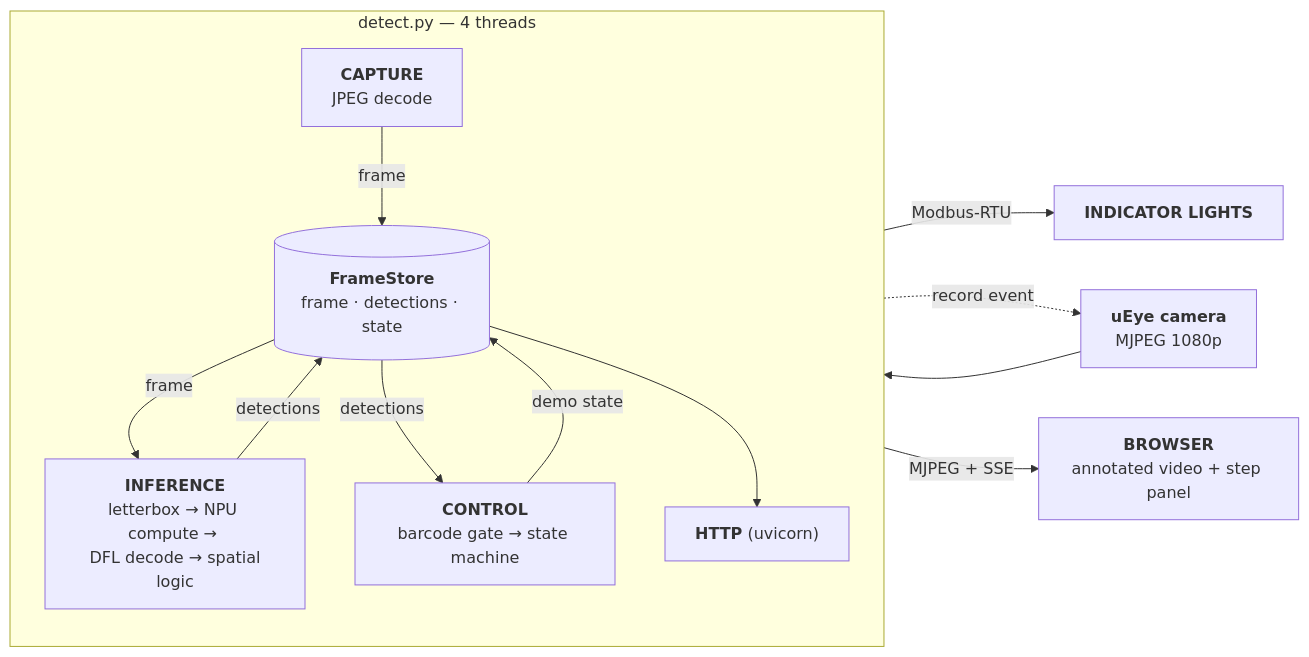
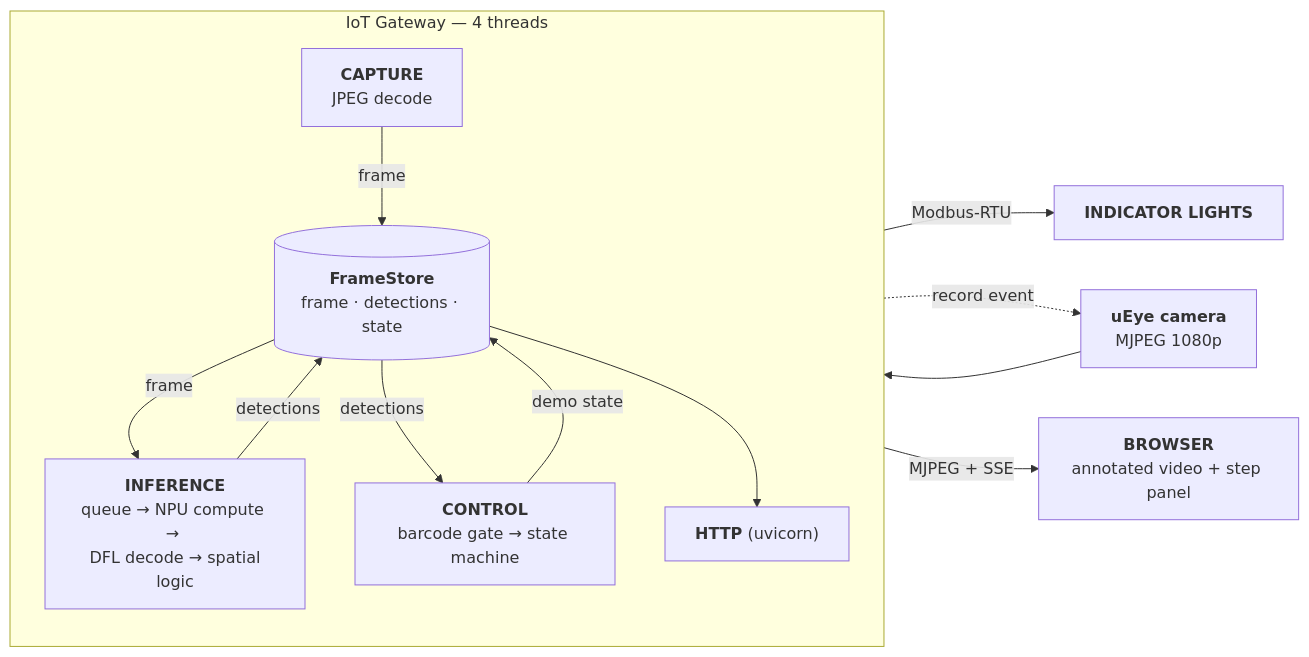
Before and after one commit to pogJames/camera-demo: the diagram in README.md, drawn with Mermaid. The commit also changed other lines of this file, not shown here.

````diff
--- a/README.md
+++ b/README.md
@@ -11,28 +19,28 @@
 ```mermaid
 flowchart LR
     CAM["<b>uEye camera</b><br/>MJPEG 1080p"]
 
-    subgraph APP["detect.py — 4 threads"]
+    subgraph APP["IoT Gateway — 4 threads"]
         direction TB
         CAP["<b>CAPTURE</b><br/>JPEG decode"]
         STORE[("<b>FrameStore</b><br/>frame · detections · state")]
-        INF["<b>INFERENCE</b><br/>letterbox → NPU compute → <br/> DFL decode → spatial logic"]
+        INF["<b>INFERENCE</b><br/>queue → NPU compute → <br/> DFL decode → spatial logic"]
         CTL["<b>CONTROL</b><br/>barcode gate → state machine"]
         WEB["<b>HTTP</b> (uvicorn)"]
 
         CAP -->|frame| STORE
         STORE -->|frame| INF
         INF -->|detections| STORE
         STORE -->|detections| CTL
         CTL -->|demo state| STORE
         STORE --> WEB
     end
 
     LAMPS["<b>INDICATOR LIGHTS</b>"]
     UI["<b>BROWSER</b><br/>annotated video + step panel"]
 
     CAM --> CAP
     CTL -->|Modbus-RTU| LAMPS
     CTL -.->|record event| CAM
     WEB -->|MJPEG + SSE| UI
 ```
````
